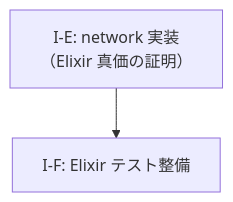
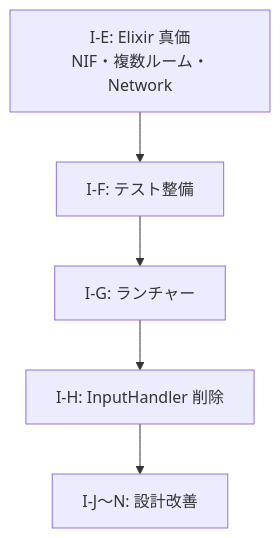
The diagram in docs/plan/improvement-plan.md (FRICK-ELDY/alchemy-engine), drawn with Mermaid before and after one commit. The commit also changed other lines of this file and 12 other files, not shown here.

````diff
--- a/docs/plan/improvement-plan.md
+++ b/docs/plan/improvement-plan.md
@@ -71,7 +234,13 @@
 ```mermaid
 graph TD
-    IE["I-E: network 実装\n（Elixir 真価の証明）"]
-    IF["I-F: Elixir テスト整備"]
+    IE["I-E: Elixir 真価\nNIF・複数ルーム・Network"]
+    IF["I-F: テスト整備"]
+    IG["I-G: ランチャー"]
+    IH["I-H: InputHandler 削除"]
+    IJ["I-J〜N: 設計改善"]
 
     IE --> IF
+    IF --> IG
+    IG --> IH
+    IH --> IJ
 ```
````
